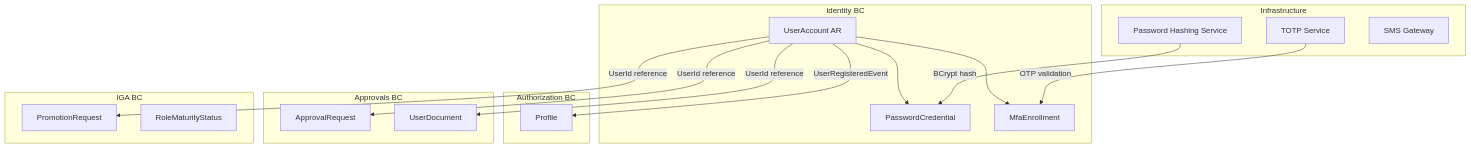
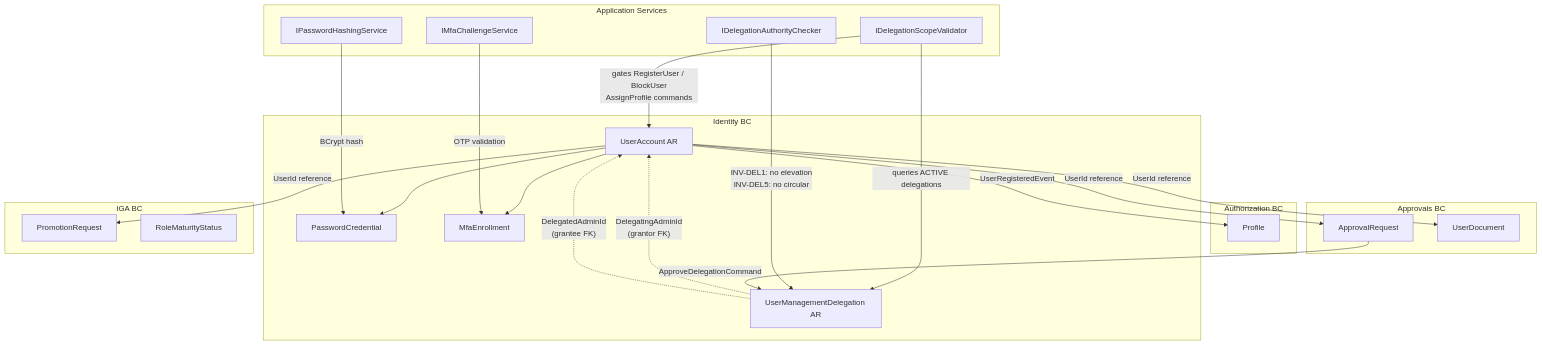
One commit to beyondnetcode/ums changed the fifth of 5 diagrams in docs/domain/identity/user-account.md. Above: the diagram before and after it, drawn with Mermaid. The commit also changed other lines of this file and 1 other file, not shown here.

First line of the commit message:
docs(identity): document dual self-join between UserAccount and Delegation (FS-14)

````diff
--- a/docs/domain/identity/user-account.md
+++ b/docs/domain/identity/user-account.md
@@ -254,38 +283,48 @@
 ```mermaid
 flowchart TD
     subgraph Identity["Identity BC"]
         UA[UserAccount AR]
         PC[PasswordCredential]
         MFA[MfaEnrollment]
+        UMD[UserManagementDelegation AR]
         UA --> PC
         UA --> MFA
+        UMD -. "DelegatingAdminId\n(grantor FK)" .-> UA
+        UMD -. "DelegatedAdminId\n(grantee FK)" .-> UA
     end
 
     subgraph Authorization["Authorization BC"]
         PROF[Profile]
     end
 
     subgraph Approvals["Approvals BC"]
         AR[ApprovalRequest]
         UD[UserDocument]
     end
 
     subgraph IGA["IGA BC"]
         PR[PromotionRequest]
         RMS[RoleMaturityStatus]
     end
 
-    subgraph Infrastructure["Infrastructure"]
-        HASH[Password Hashing Service]
-        TOTP[TOTP Service]
-        SMS[SMS Gateway]
+    subgraph AppServices["Application Services"]
+        HASH[IPasswordHashingService]
+        TOTP[IMfaChallengeService]
+        DSV[IDelegationScopeValidator]
+        DAC[IDelegationAuthorityChecker]
     end
 
-    UA -->|UserRegisteredEvent| PROF
-    UA -->|UserId reference| AR
-    UA -->|UserId reference| UD
-    UA -->|UserId reference| PR
-    
+    UA  -->|UserRegisteredEvent| PROF
+    UA  -->|UserId reference| AR
+    UA  -->|UserId reference| UD
+    UA  -->|UserId reference| PR
+
+    DSV -->|"queries ACTIVE delegations"| UMD
+    DSV -->|"gates RegisterUser / BlockUser\nAssignProfile commands"| UA
+    DAC -->|"INV-DEL1: no elevation\nINV-DEL5: no circular"| UMD
+
     HASH -->|BCrypt hash| PC
     TOTP -->|OTP validation| MFA
+
+    AR  -->|ApproveDelegationCommand| UMD
 ```
````
